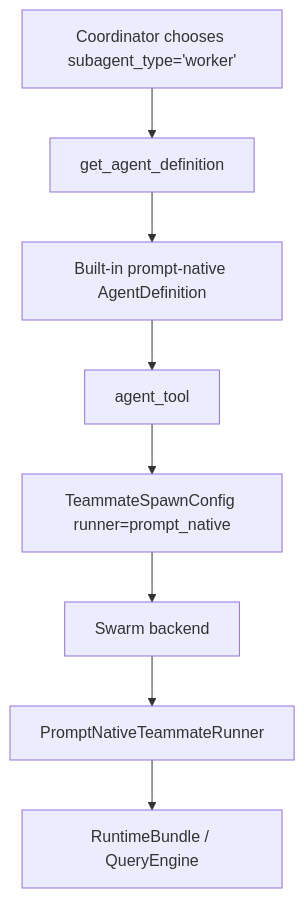
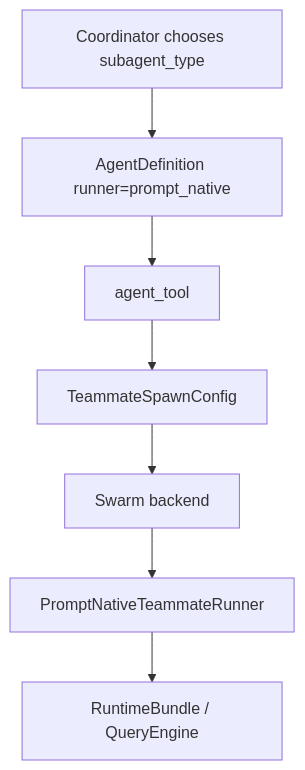
Before and after one commit to pierg/OpenHarness: the fourth of 4 diagrams in docs/agent-system.md, drawn with Mermaid. The commit also changed other lines of this file and 48 other files, not shown here.

````diff
--- a/docs/agent-system.md
+++ b/docs/agent-system.md
@@ -407,10 +344,9 @@
 ```mermaid
 flowchart TD
-    A["Coordinator chooses subagent_type='worker'"] --> B["get_agent_definition"]
-    B --> C["Built-in prompt-native AgentDefinition"]
-    C --> D["agent_tool"]
-    D --> E["TeammateSpawnConfig runner=prompt_native"]
-    E --> F["Swarm backend"]
-    F --> G["PromptNativeTeammateRunner"]
-    G --> H["RuntimeBundle / QueryEngine"]
+    A["Coordinator chooses subagent_type"] --> B["AgentDefinition runner=prompt_native"]
+    B --> C["agent_tool"]
+    C --> D["TeammateSpawnConfig"]
+    D --> E["Swarm backend"]
+    E --> F["PromptNativeTeammateRunner"]
+    F --> G["RuntimeBundle / QueryEngine"]
 ```
````
